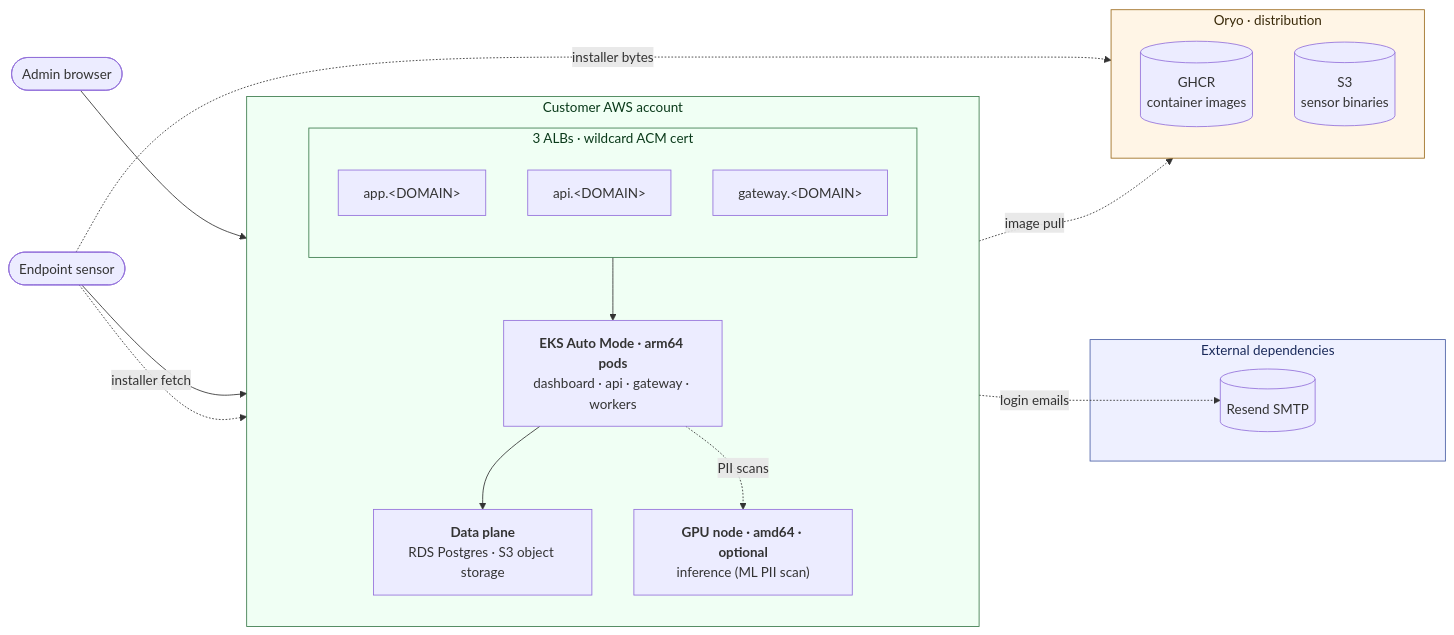
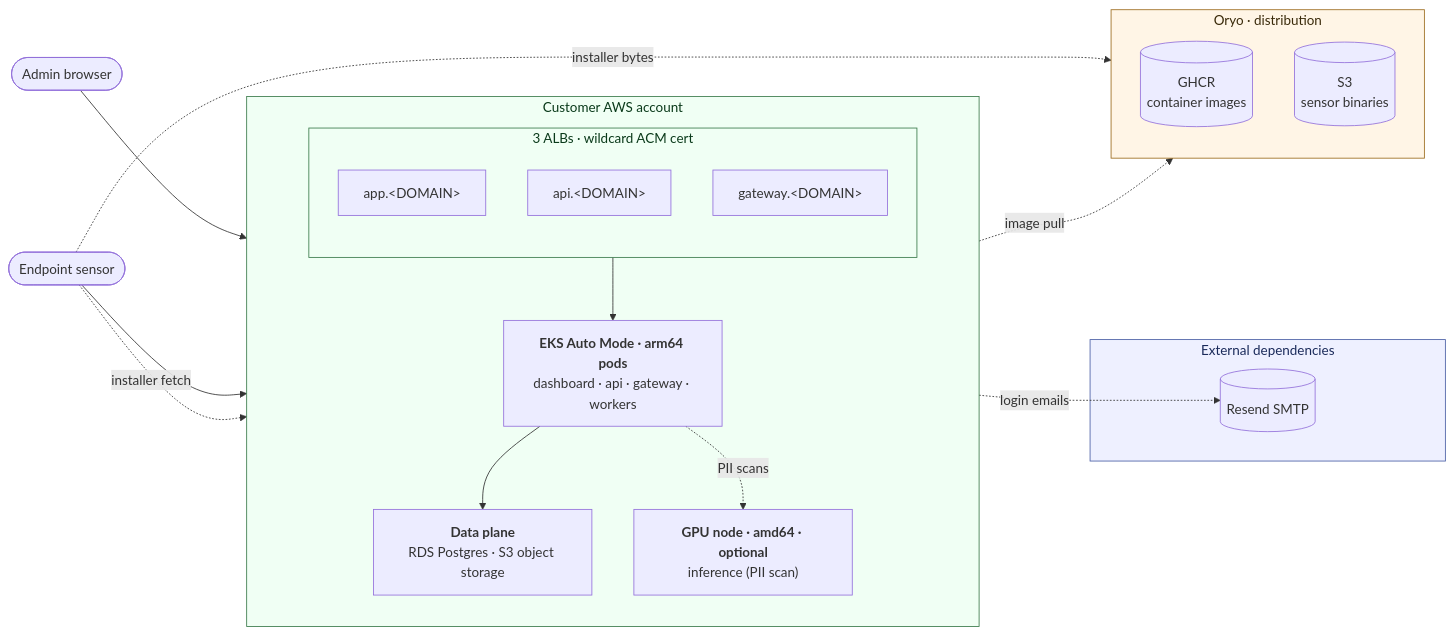
The diagram in README.md (oryo-identity/oryo-private-deploy), drawn with Mermaid before and after one commit. The commit also changed other lines of this file and 8 other files, not shown here.

Commit message:
Simplify the inference docs and trim chart comments

````diff
--- a/README.md
+++ b/README.md
@@ -43,44 +43,44 @@
 ```mermaid
 flowchart LR
     BROWSER([Admin browser])
     SENSOR([Endpoint sensor])
 
     subgraph CUST["Customer AWS account"]
         direction TB
         subgraph ING["3 ALBs · wildcard ACM cert"]
             direction TB
             ALB_APP[app.&lt;DOMAIN&gt;]
             ALB_API[api.&lt;DOMAIN&gt;]
             ALB_GW[gateway.&lt;DOMAIN&gt;]
         end
         PODS["<b>EKS Auto Mode · arm64 pods</b><br/>dashboard · api · gateway · workers"]
-        GPU["<b>GPU node · amd64 · optional</b><br/>inference (ML PII scan)"]
+        GPU["<b>GPU node · amd64 · optional</b><br/>inference (PII scan)"]
         DATA["<b>Data plane</b><br/>RDS Postgres · S3 object storage"]
         ING --> PODS --> DATA
         PODS -. PII scans .-> GPU
     end
 
     subgraph EXTDEPS["External dependencies"]
         RESEND[(Resend SMTP)]
     end
 
     subgraph ORYO["Oryo · distribution"]
         direction TB
         GHCR[(GHCR<br/>container images)]
         BIN[(S3<br/>sensor binaries)]
     end
 
     BROWSER --> ALB_APP
     SENSOR --> ALB_GW
     SENSOR -. installer fetch .-> ALB_API
     SENSOR -. installer bytes .-> BIN
     PODS -. login emails .-> RESEND
     PODS -. image pull .-> GHCR
 
     classDef cust fill:#f0fff4,stroke:#3a7a4a,color:#0a3a1a
     classDef oryo fill:#fff5e6,stroke:#9c6b1d,color:#3a2a0a
     classDef ext fill:#eef0ff,stroke:#4a5fa5,color:#1a2a5a
     class CUST,ING cust
     class ORYO oryo
     class EXTDEPS ext
 ```
````
